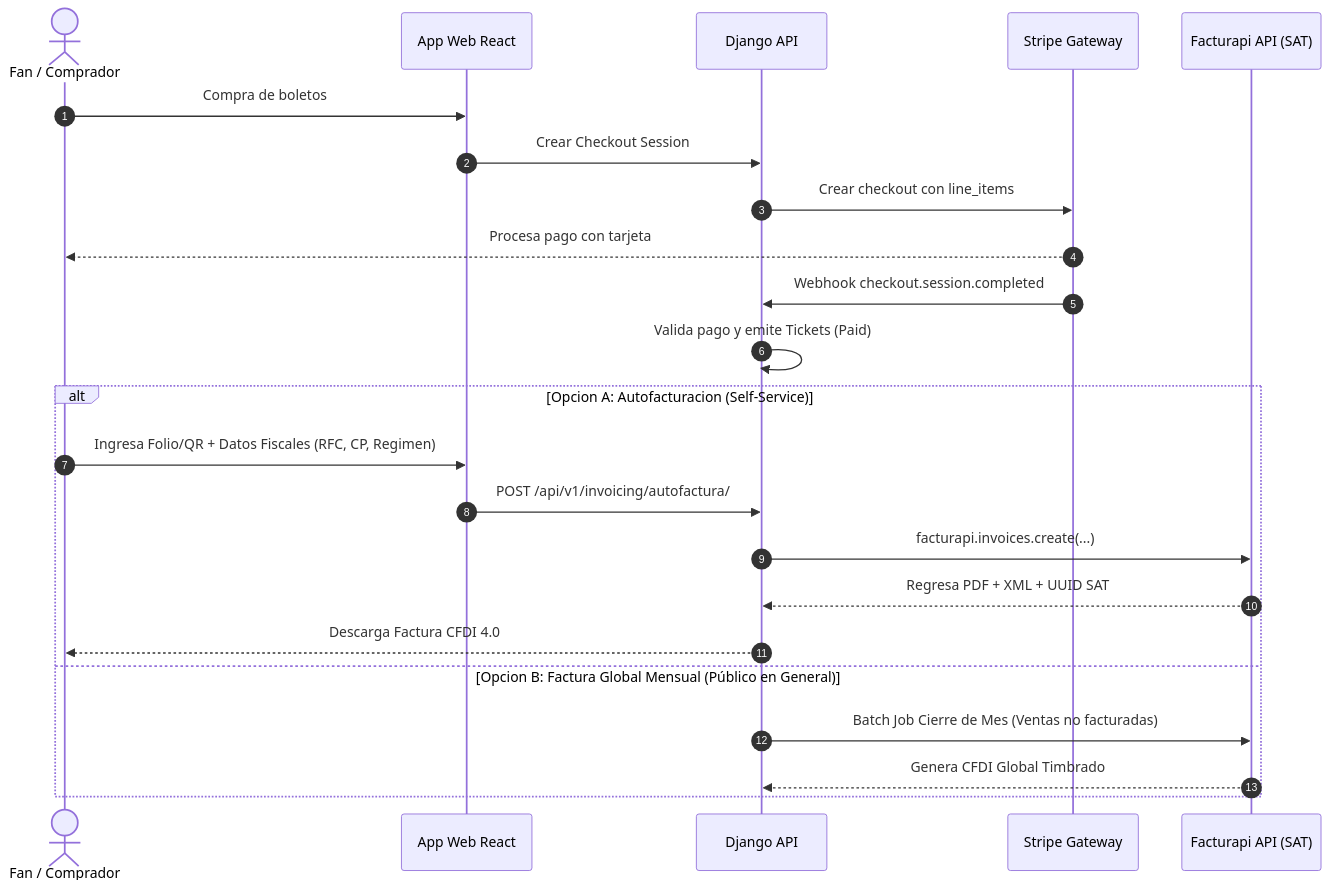
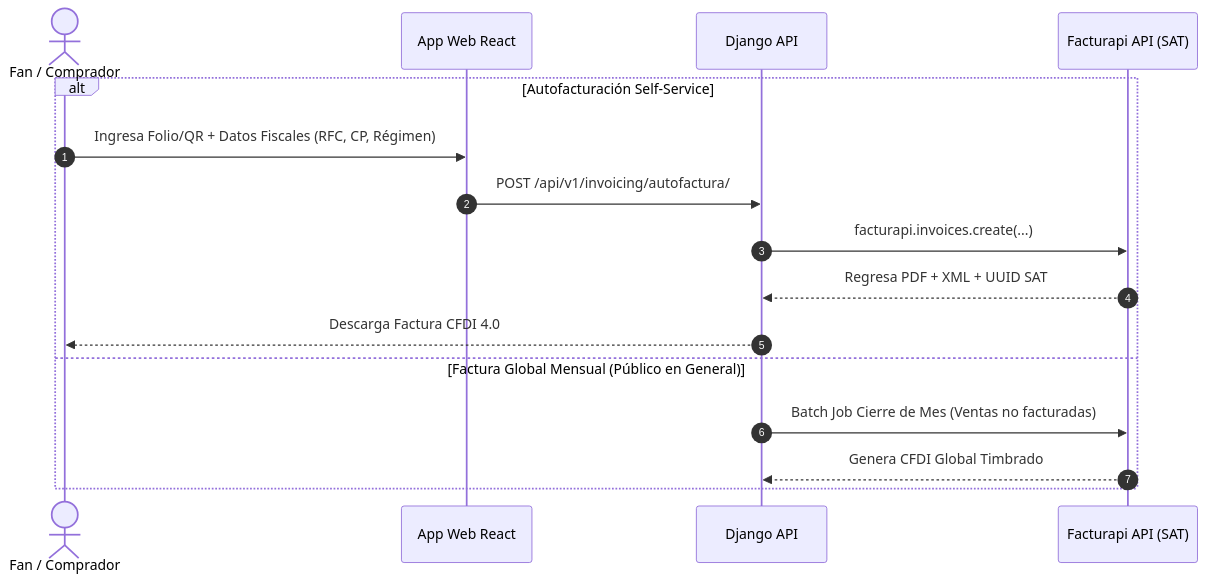
Before and after one commit to Finanzasparahippies/ms-ambar: the second of 2 diagrams in README_DEV.md, drawn with Mermaid. The commit also changed other lines of this file and 2 other files, not shown here.

````diff
--- a/README_DEV.md
+++ b/README_DEV.md
@@ -135,27 +154,19 @@
 ```mermaid
 sequenceDiagram
     autonumber
     actor Cliente as Fan / Comprador
     participant Frontend as App Web React
     participant Backend as Django API
-    participant Stripe as Stripe Gateway
     participant Facturapi as Facturapi API (SAT)
 
-    Cliente->>Frontend: Compra de boletos
-    Frontend->>Backend: Crear Checkout Session
-    Backend->>Stripe: Crear checkout con line_items
-    Stripe-->>Cliente: Procesa pago con tarjeta
-    Stripe->>Backend: Webhook checkout.session.completed
-    Backend->>Backend: Valida pago y emite Tickets (Paid)
-    
-    alt Opcion A: Autofacturacion (Self-Service)
-        Cliente->>Frontend: Ingresa Folio/QR + Datos Fiscales (RFC, CP, Regimen)
+    alt Autofacturación Self-Service
+        Cliente->>Frontend: Ingresa Folio/QR + Datos Fiscales (RFC, CP, Régimen)
         Frontend->>Backend: POST /api/v1/invoicing/autofactura/
         Backend->>Facturapi: facturapi.invoices.create(...)
         Facturapi-->>Backend: Regresa PDF + XML + UUID SAT
         Backend-->>Cliente: Descarga Factura CFDI 4.0
-    else Opcion B: Factura Global Mensual (Público en General)
+    else Factura Global Mensual (Público en General)
         Backend->>Facturapi: Batch Job Cierre de Mes (Ventas no facturadas)
         Facturapi-->>Backend: Genera CFDI Global Timbrado
     end
 ```
````
